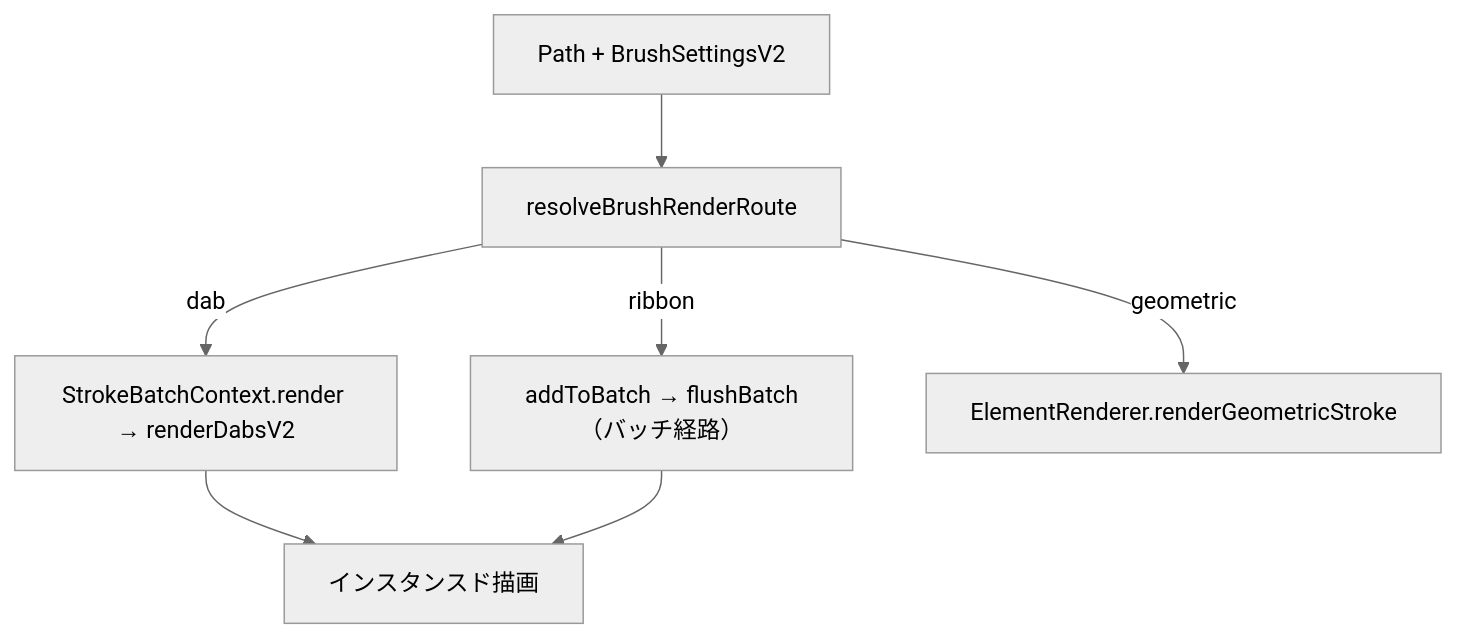
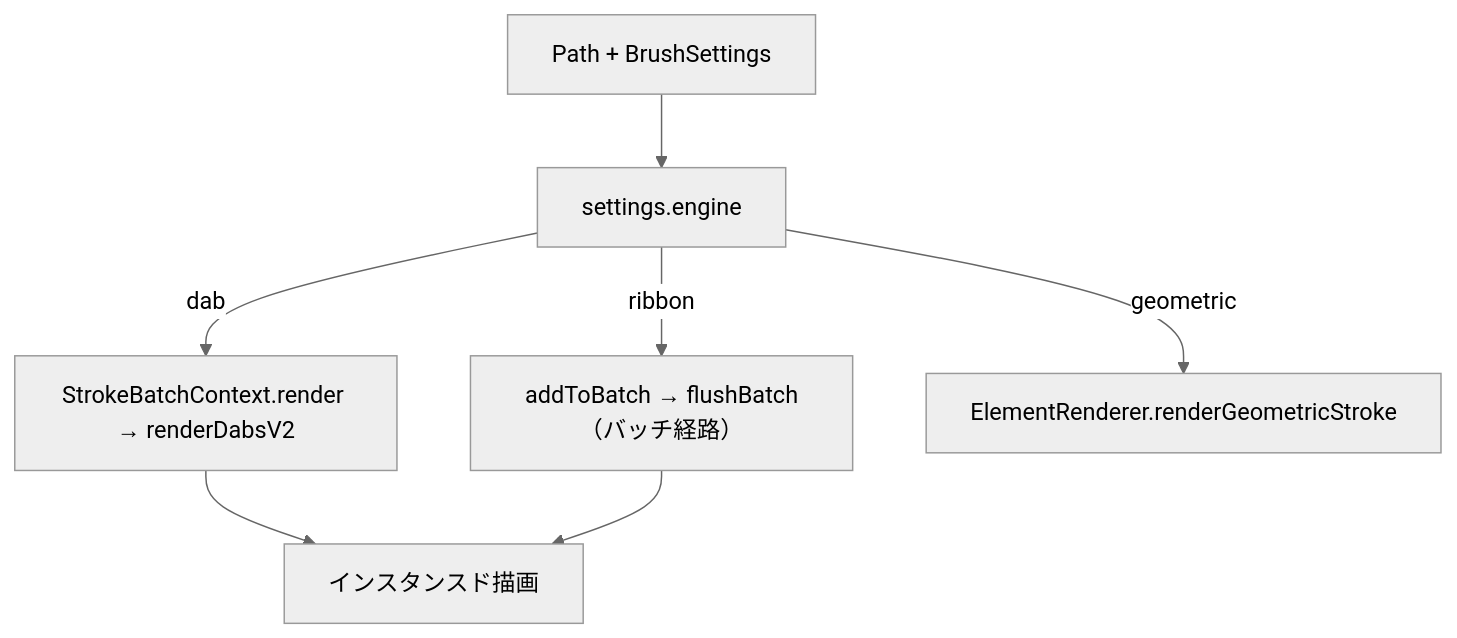
The first of 3 diagrams in pkgs/web/src/app/devdocs/renderer/brush/page.mdx (hanakla/paplico), drawn with Mermaid (neutral theme) before and after one commit. The commit also changed other lines of this file and 93 other files, not shown here.

````diff
--- a/pkgs/web/src/app/devdocs/renderer/brush/page.mdx
+++ b/pkgs/web/src/app/devdocs/renderer/brush/page.mdx
@@ -14,9 +14,9 @@
 ```mermaid
 flowchart TD
-    A[Path + BrushSettingsV2] --> B[resolveBrushRenderRoute]
+    A[Path + BrushSettings] --> B[settings.engine]
     B -->|dab| C["StrokeBatchContext.render → renderDabsV2"]
     B -->|ribbon| D["addToBatch → flushBatch（バッチ経路）"]
     B -->|geometric| E[ElementRenderer.renderGeometricStroke]
     C --> F[インスタンスド描画]
     D --> F
 ```
````
